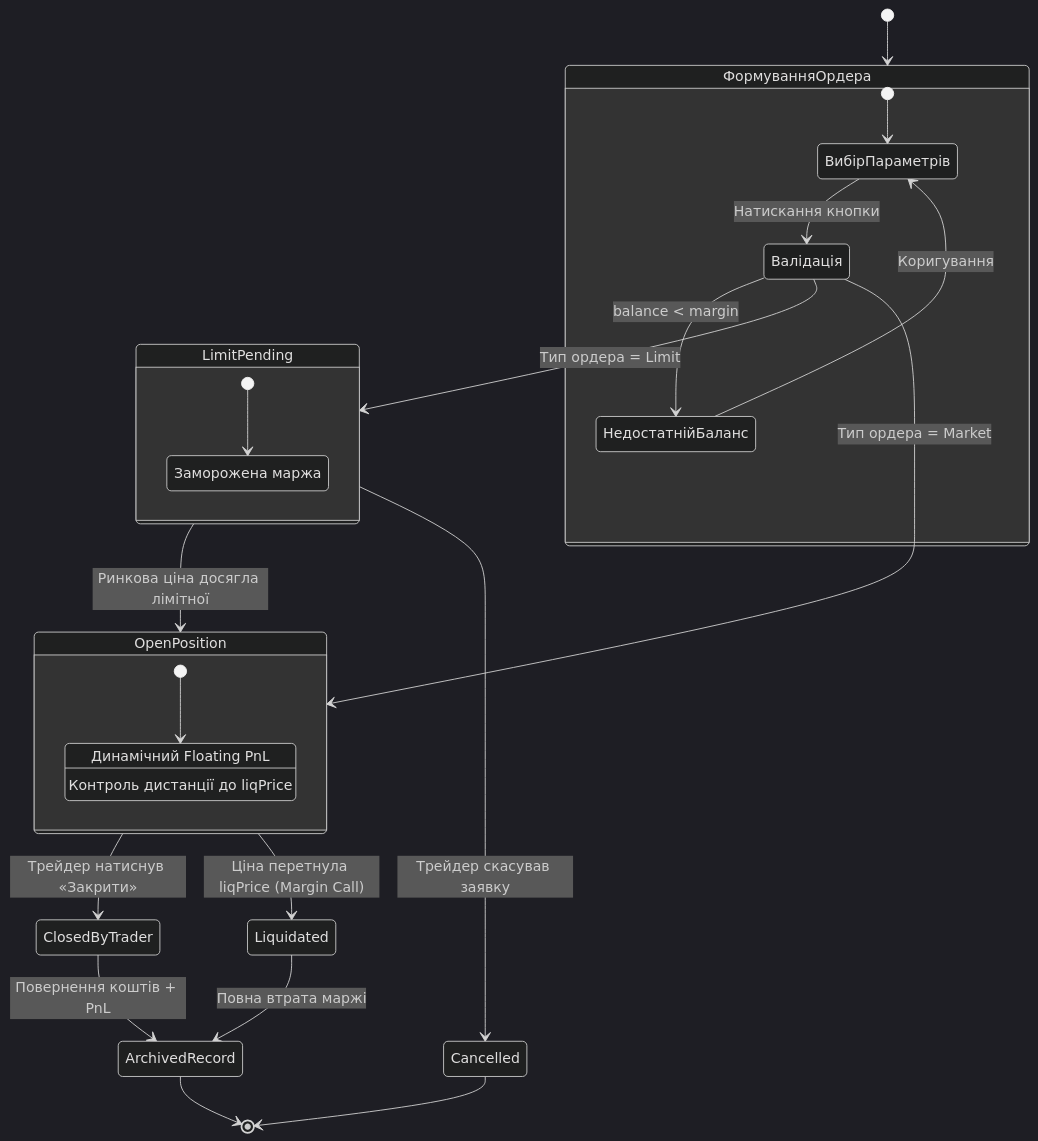
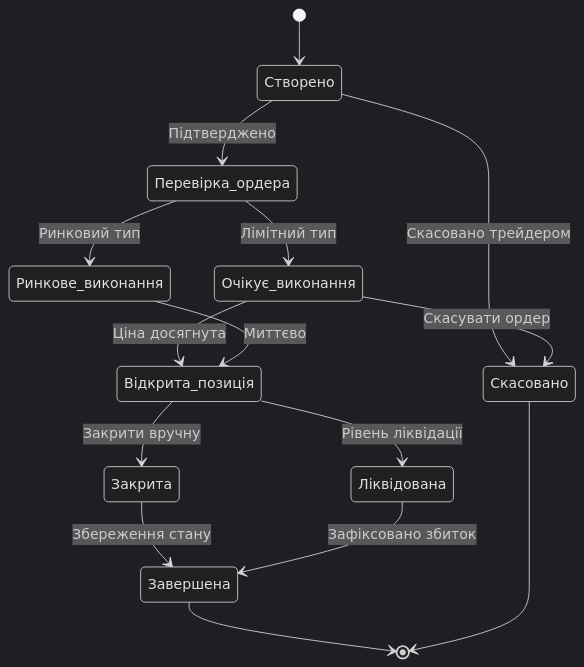
Before and after one commit to Hast1k/bygigabit: the diagram in diagrams/mermaid/08_state_diagram.mmd, drawn with Mermaid (dark theme). The commit also changed 43 other files, not shown here.

Commit message:
docs(diagrams): Refactor diagrams with dual use case, generalized names, single state flow, and clean labels

```diff
--- a/diagrams/mermaid/08_state_diagram.mmd
+++ b/diagrams/mermaid/08_state_diagram.mmd
@@ -1,35 +1,20 @@
 stateDiagram-v2
-    [*] --> ФормуванняОрдера
+    [*] --> Створено
+    Створено --> Перевірка_ордера: Підтверджено
+    Створено --> Скасовано: Скасовано трейдером
     
-    state ФормуванняОрдера {
-        [*] --> ВибірПараметрів
-        ВибірПараметрів --> Валідація : Натискання кнопки
-        Валідація --> НедостатнійБаланс : balance < margin
-        НедостатнійБаланс --> ВибірПараметрів : Коригування
-    }
-
-    Валідація --> LimitPending : Тип ордера = Limit
-    Валідація --> OpenPosition : Тип ордера = Market
-
-    state LimitPending {
-        [*] --> ОчікуванняЦіни
-        ОчікуванняЦіни : Заморожена маржа
-    }
-
-    state OpenPosition {
-        [*] --> МоніторингРинку
-        МоніторингРинку : Динамічний Floating PnL
-        МоніторингРинку : Контроль дистанції до liqPrice
-    }
-
-    LimitPending --> OpenPosition : Ринкова ціна досягла лімітної
-    LimitPending --> Cancelled : Трейдер скасував заявку
-
-    OpenPosition --> ClosedByTrader : Трейдер натиснув «Закрити»
-    OpenPosition --> Liquidated : Ціна перетнула liqPrice (Margin Call)
-
-    ClosedByTrader --> ArchivedRecord : Повернення коштів + PnL
-    Liquidated --> ArchivedRecord : Повна втрата маржі
-
-    Cancelled --> [*]
-    ArchivedRecord --> [*]
+    Перевірка_ордера --> Очікує_виконання: Лімітний тип
+    Перевірка_ордера --> Ринкове_виконання: Ринковий тип
+    
+    Очікує_виконання --> Скасовано: Скасувати ордер
+    Очікує_виконання --> Відкрита_позиція: Ціна досягнута
+    Ринкове_виконання --> Відкрита_позиція: Миттєво
+    
+    Відкрита_позиція --> Закрита: Закрити вручну
+    Відкрита_позиція --> Ліквідована: Рівень ліквідації
+    
+    Закрита --> Завершена: Збереження стану
+    Ліквідована --> Завершена: Зафіксовано збиток
+    
+    Завершена --> [*]
+    Скасовано --> [*]
```
